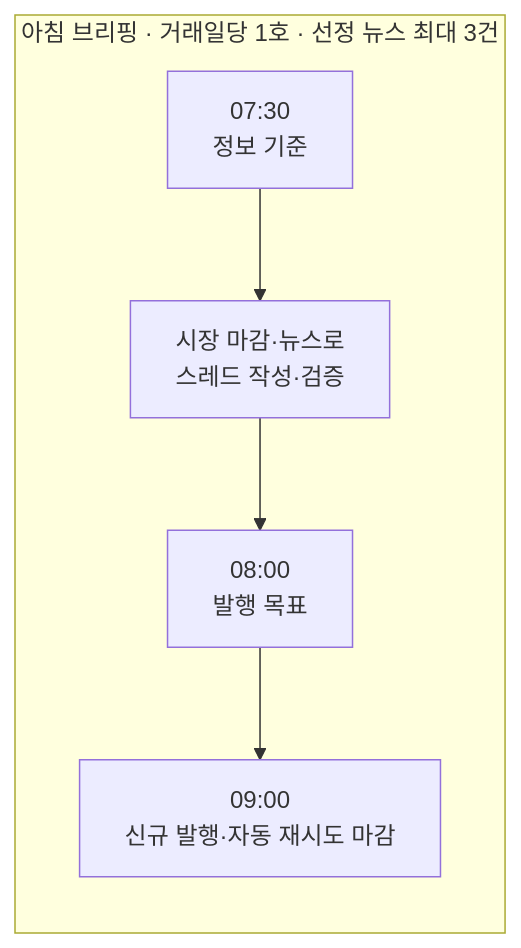
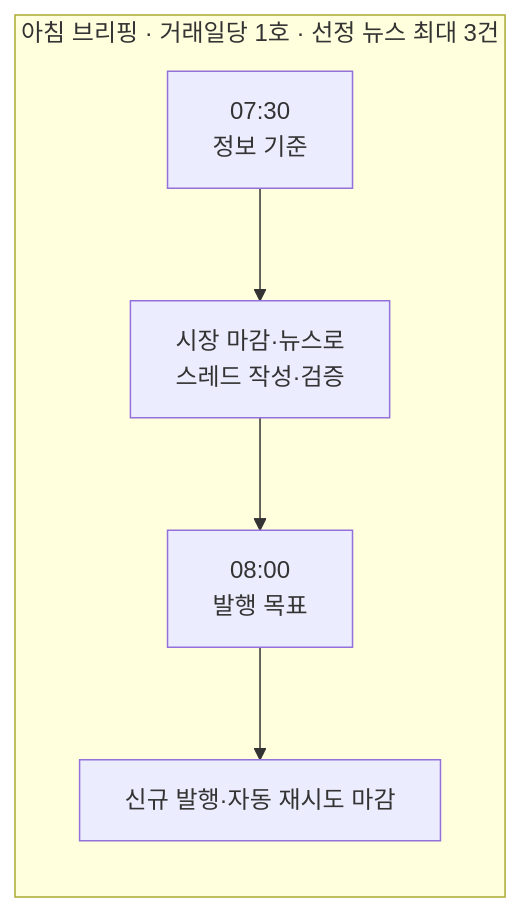
The second of 3 diagrams in tasks/progress/2026-10-18.md (luvulmi/xfolio), drawn with Mermaid before and after one commit. The commit also changed other lines of this file and 5 other files, not shown here.

````diff
--- a/tasks/progress/2026-10-18.md
+++ b/tasks/progress/2026-10-18.md
@@ -81,7 +79,7 @@
 ```mermaid
 flowchart LR
     subgraph morning["아침 브리핑 · 거래일당 1호 · 선정 뉴스 최대 3건"]
         M1["07:30<br/>정보 기준"] --> M2["시장 마감·뉴스로<br/>스레드 작성·검증"]
-        M2 --> M3["08:00<br/>발행 목표"] --> M4["09:00<br/>신규 발행·자동 재시도 마감"]
+        M2 --> M3["08:00<br/>발행 목표"] --> M4["신규 발행·자동 재시도 마감"]
     end
 ```
````
